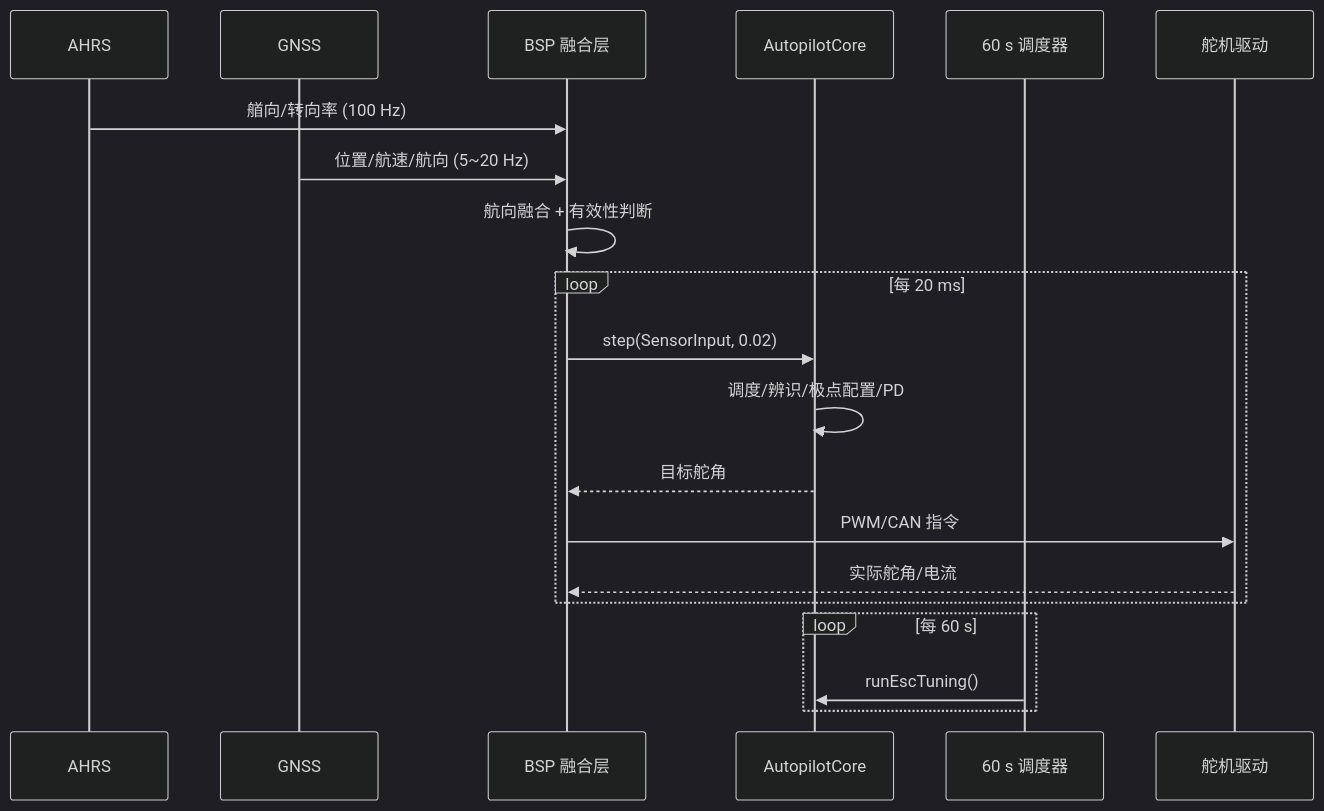
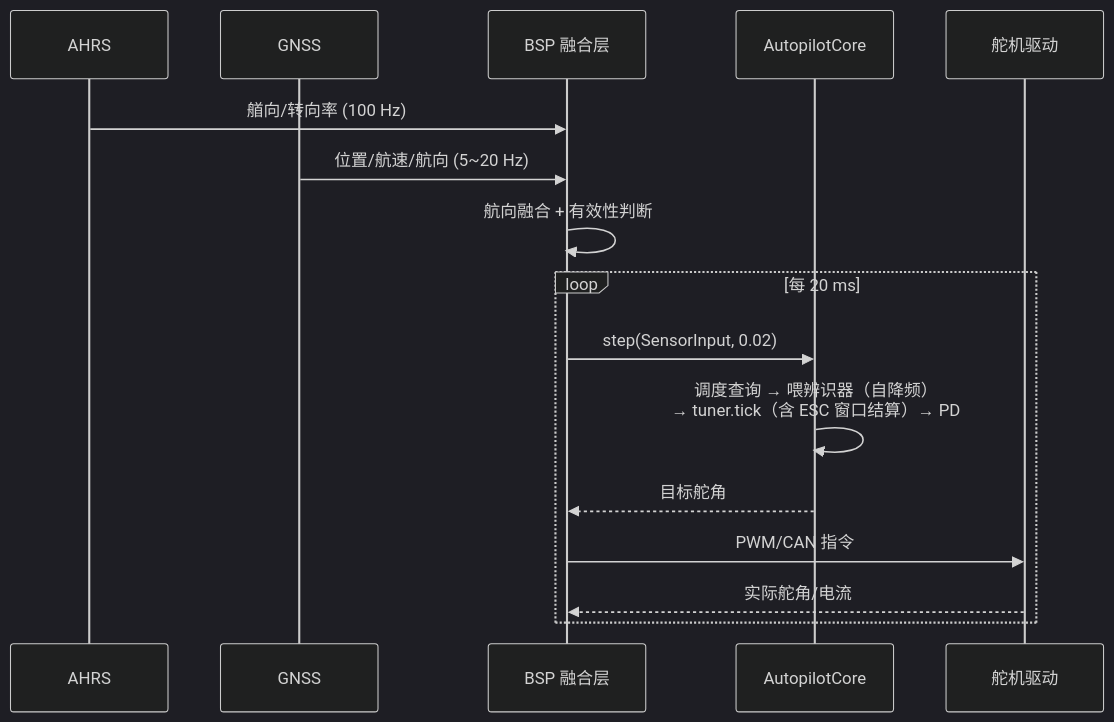
Diagram 19 of 22 in control/控制算法开发文档.md (jimaka/auto_rudder), drawn with Mermaid (dark theme) before and after one commit. The commit also changed other lines of this file and 15 other files, not shown here.

````diff
--- a/control/控制算法开发文档.md
+++ b/control/控制算法开发文档.md
@@ -971,22 +1000,18 @@
 ```mermaid
 sequenceDiagram
     participant AHRS
     participant GNSS
     participant BSP as BSP 融合层
     participant CORE as AutopilotCore
-    participant TMR as 60 s 调度器
     participant DRV as 舵机驱动
     AHRS->>BSP: 艏向/转向率 (100 Hz)
     GNSS->>BSP: 位置/航速/航向 (5~20 Hz)
     BSP->>BSP: 航向融合 + 有效性判断
     loop 每 20 ms
         BSP->>CORE: step(SensorInput, 0.02)
-        CORE->>CORE: 调度/辨识/极点配置/PD
+        CORE->>CORE: 调度查询 → 喂辨识器（自降频）<br/>→ tuner.tick（含 ESC 窗口结算）→ PD
         CORE-->>BSP: 目标舵角
         BSP->>DRV: PWM/CAN 指令
         DRV-->>BSP: 实际舵角/电流
     end
-    loop 每 60 s
-        TMR->>CORE: runEscTuning()
-    end
 ```
````
